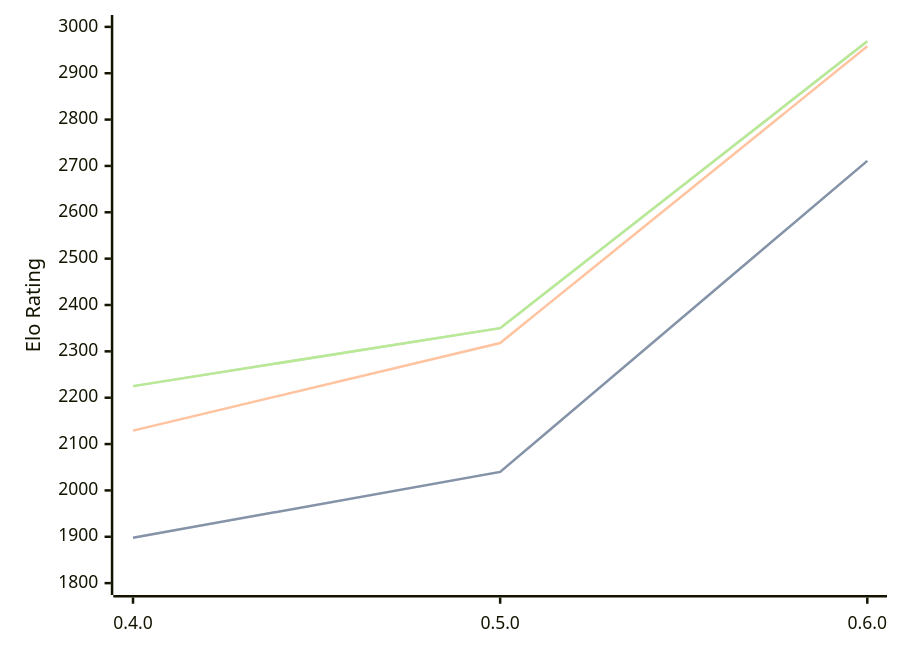
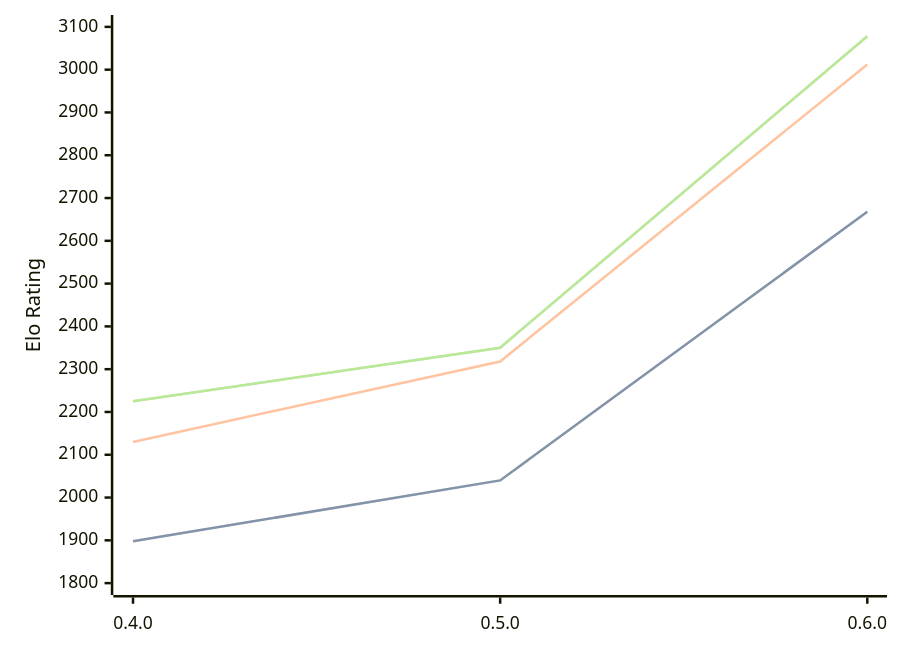
The diagram in engines/Atenika.md (computer-chess-index/cci), drawn with Mermaid before and after one commit. The commit also changed other lines of this file, not shown here.

Commit message:
Update CCI Ratings (ELO VLTC) - 2026-09-16

````diff
--- a/engines/Atenika.md
+++ b/engines/Atenika.md
@@ -33,11 +33,11 @@
 ```mermaid
 %%{init: {"theme":"base","themeVariables":{"seriesColors:['#a3a3a3','#222221','#faa371']}}}%%
 xychart-beta
   x-axis ["0.4.0", "0.5.0", "0.6.0"]
-  y-axis "Elo Rating" 1800 --> 3000
-  line "" [1898, 2040, 2711]
-  line "STC (8.0+0.08s)" [1898, 2040, 2711]
-  line "LTC (60.0+0.60s)" [2129, 2318, 2958]
-  line "" [2225, 2350, 2969]
-  line "VLTC (2m24s+1.12s)" [2225, 2350, 2969]
+  y-axis "Elo Rating" 1800 --> 3100
+  line "" [1898, 2040, 2668]
+  line "STC (8.0+0.08s)" [1898, 2040, 2668]
+  line "LTC (60.0+0.60s)" [2130, 2318, 3012]
+  line "" [2225, 2350, 3078]
+  line "VLTC (2m24s+1.12s)" [2225, 2350, 3078]
 ```
````
